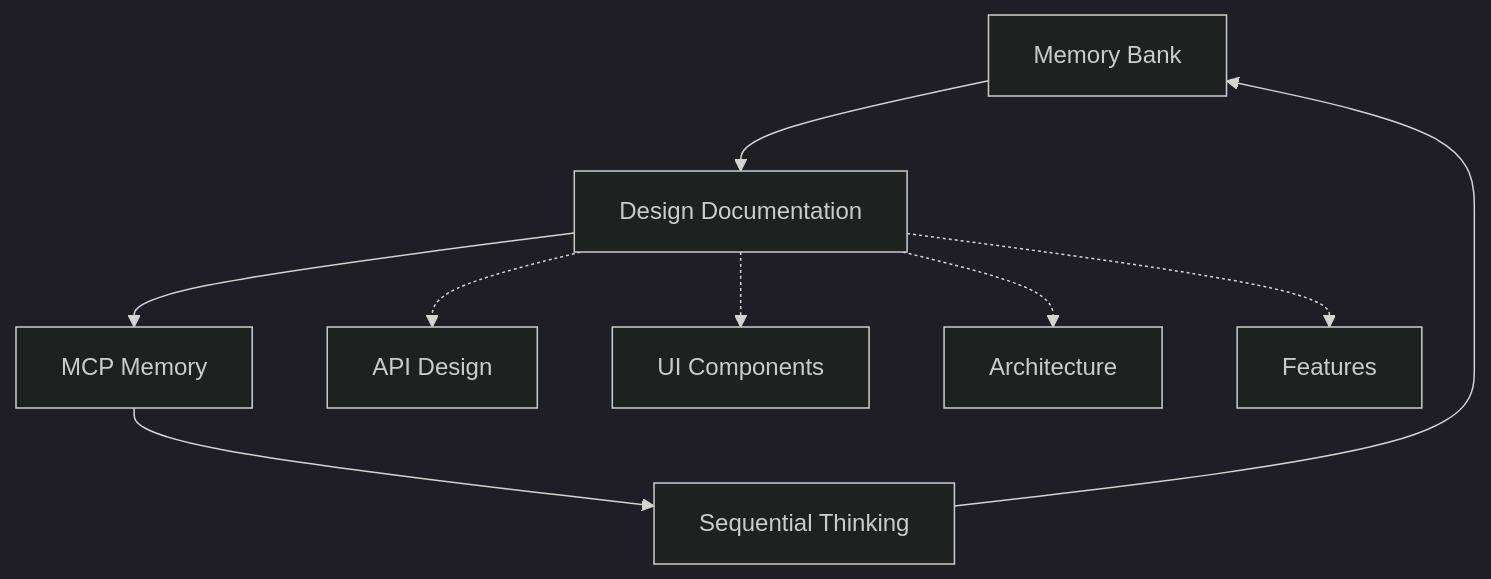
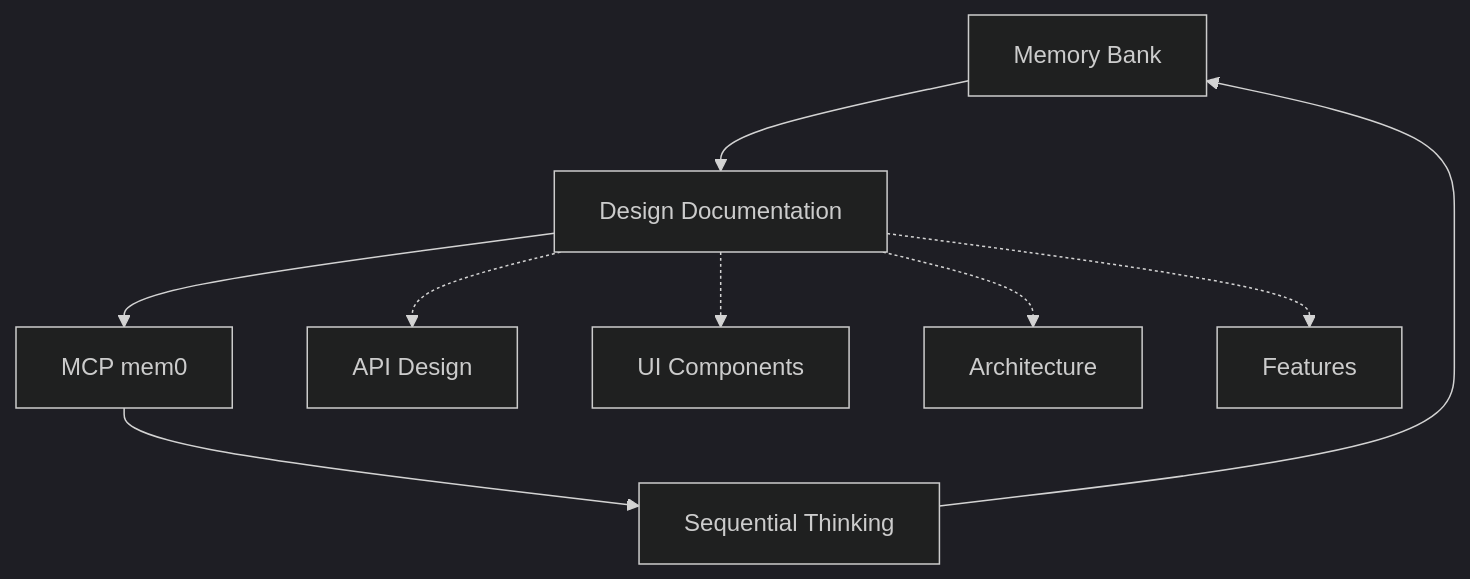
The first of 2 diagrams in .cursor/rules/main.instructions.mdc (vinhltt/3_tihomo), drawn with Mermaid (dark theme) before and after one commit. The commit also changed other lines of this file and 8 other files, not shown here.

````diff
--- a/.cursor/rules/main.instructions.mdc
+++ b/.cursor/rules/main.instructions.mdc
@@ -21,12 +21,12 @@
 ```mermaid
 flowchart TD
     MB[Memory Bank] --> DD[Design Documentation]
-    DD --> MCP[MCP Memory]
+    DD --> MCP[MCP mem0]
     MCP --> ST[Sequential Thinking]
     ST --> MB
     
     DD -.-> API[API Design]
     DD -.-> UI[UI Components]
     DD -.-> ARCH[Architecture]
     DD -.-> FEAT[Features]
 ```
````
